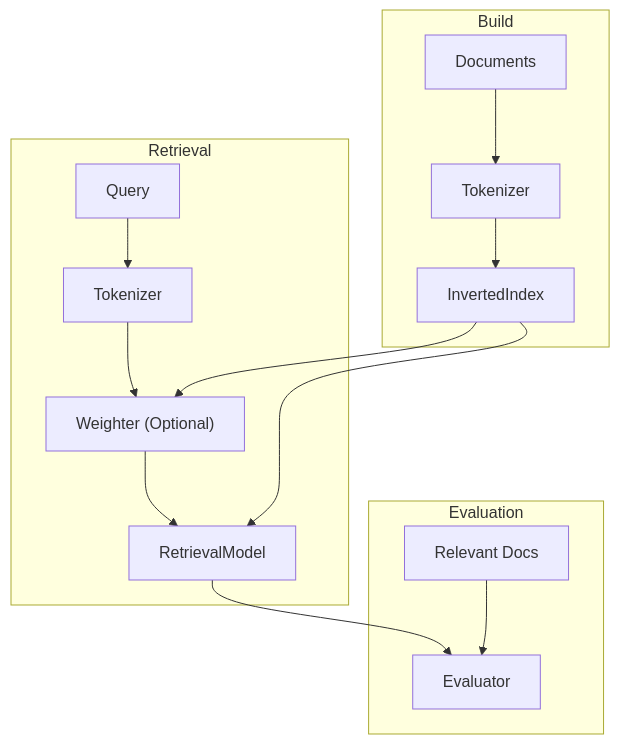
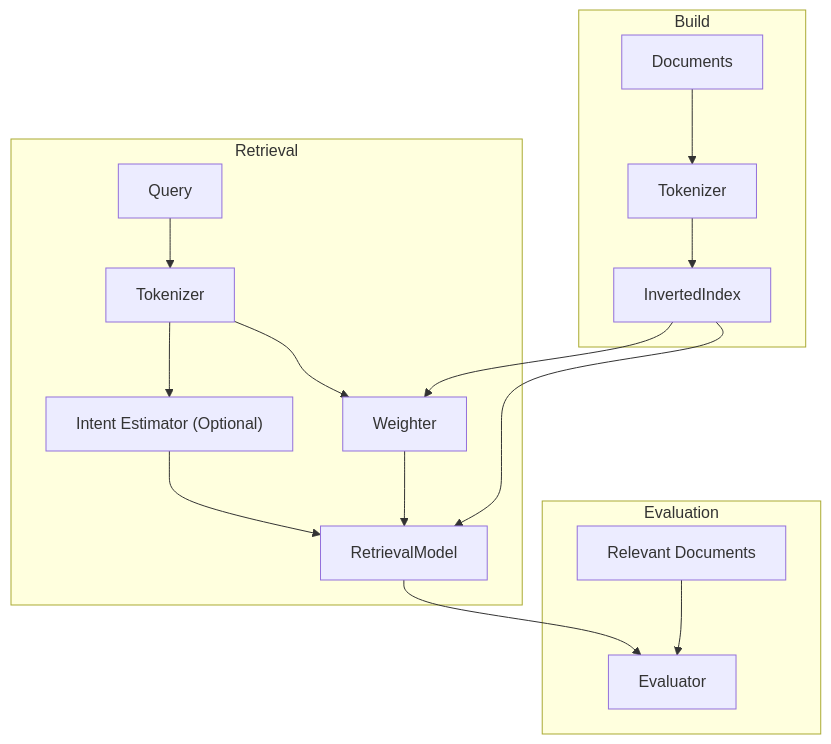
Before and after one commit to 2j2h5/NLP-IR-team-project: the diagram in docs/architecture.md, drawn with Mermaid. The commit also changed other lines of this file and 1 other file, not shown here.

Commit message:
docs: update project documentation for Intent-VSM

````diff
--- a/docs/architecture.md
+++ b/docs/architecture.md
@@ -19,17 +24,37 @@
 ```mermaid
 flowchart TD
+
     subgraph Build
-        docs["Documents"] --> tokenizer1["Tokenizer"] --> index["InvertedIndex"]
+        docs["Documents"]
+        tokenizer1["Tokenizer"]
+        index["InvertedIndex"]
+
+        docs --> tokenizer1
+        tokenizer1 --> index
     end
 
     subgraph Retrieval
-        query["Query"] --> tokenizer2["Tokenizer"] --> weighter["Weighter (Optional)"] --> model["RetrievalModel"]
+        query["Query"]
+        tokenizer2["Tokenizer"]
+        weighter["Weighter"]
+        intent["Intent Estimator (Optional)"]
+        model["RetrievalModel"]
+
+        query --> tokenizer2
+        tokenizer2 --> weighter
+        tokenizer2 --> intent
+
         index --> weighter
+        intent --> model
+        weighter --> model
         index --> model
     end
 
     subgraph Evaluation
-        model --> evaluator["Evaluator"]
-        relevance["Relevant Docs"] --> evaluator
+        relevance["Relevant Documents"]
+        evaluator["Evaluator"]
+
+        model --> evaluator
+        relevance --> evaluator
     end
 ```
````
